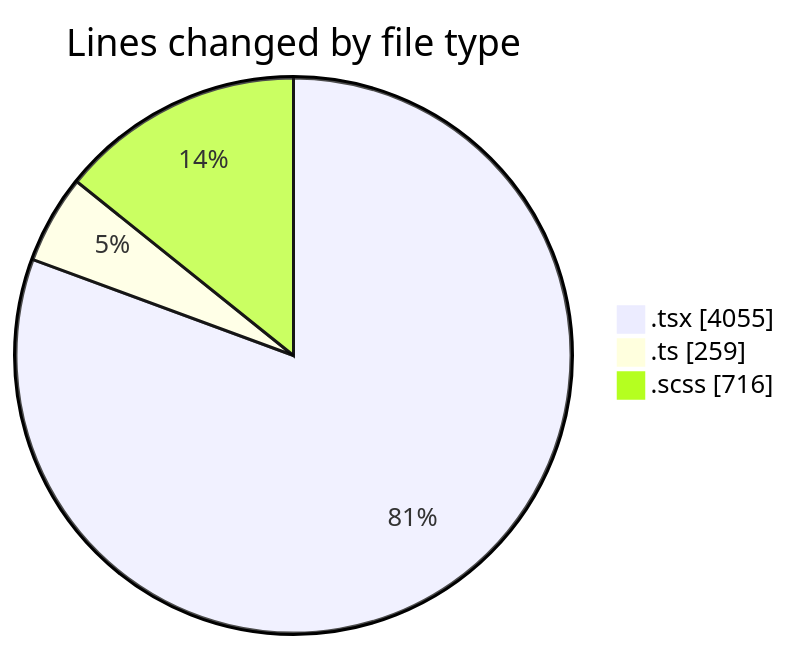
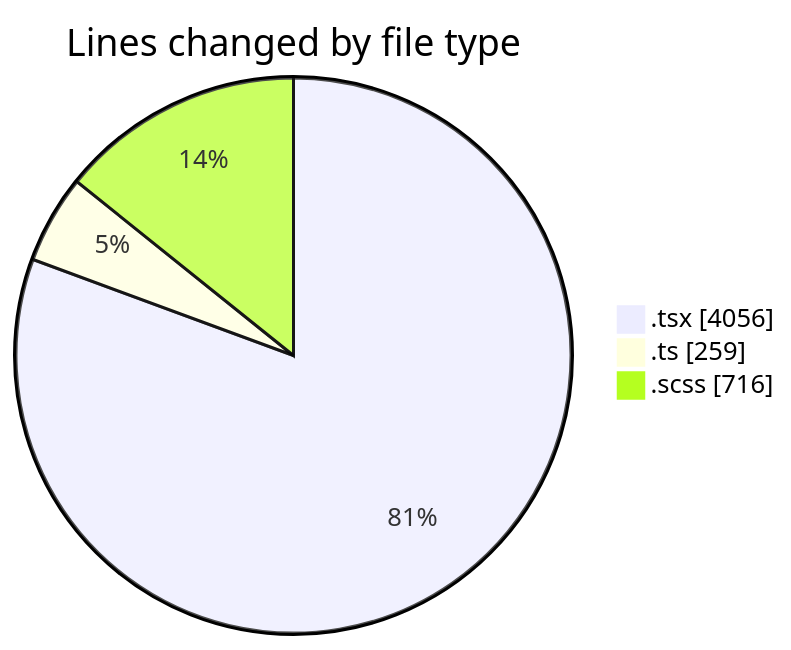
Before and after one commit to momahboobian/code-tracking: the first of 2 diagrams in 2025-09-15/cda/README.md, drawn with Mermaid. The commit also changed other lines of this file and 1 other file, not shown here.

````diff
--- a/2025-09-15/cda/README.md
+++ b/2025-09-15/cda/README.md
@@ -26,7 +26,7 @@
 ```mermaid
 pie showData
 title Lines changed by file type
-".tsx" : 4055
+".tsx" : 4056
 ".ts" : 259
 ".scss" : 716
 ```
````
